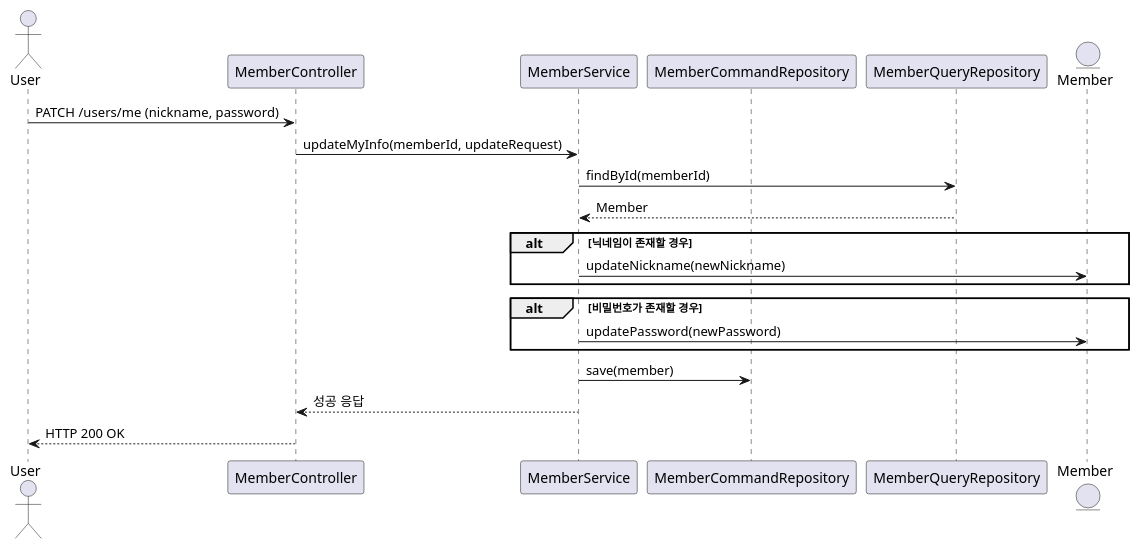
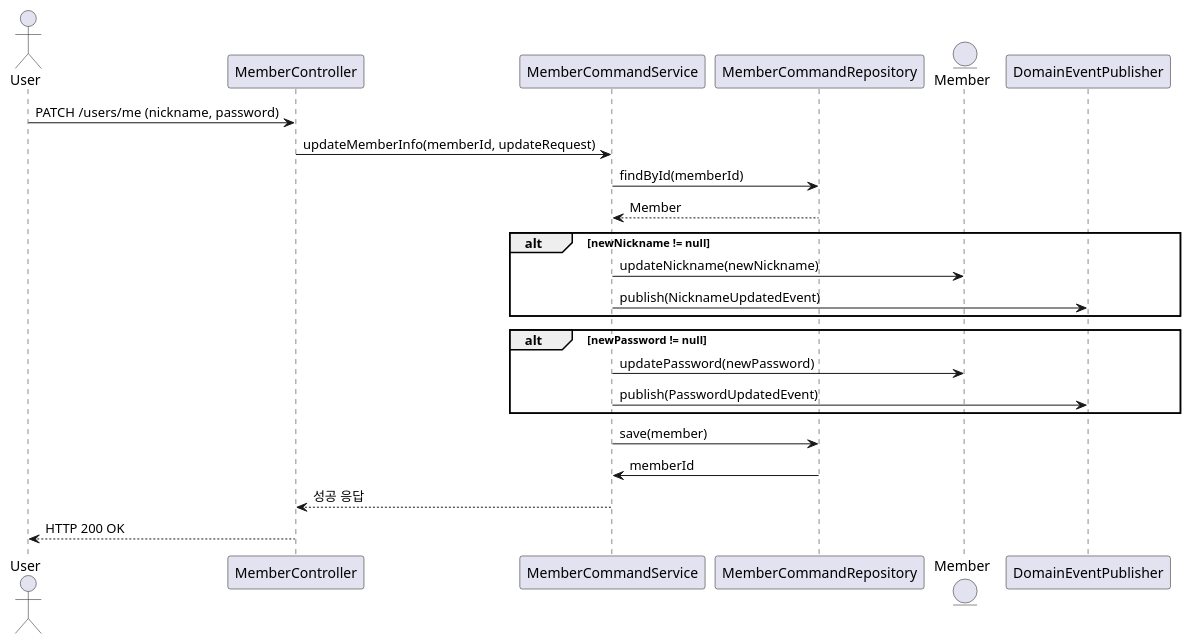
The diagram in document/puml/event/memberContext/memberAggregate/updateMyProfile.puml (SimpleBoardTeam/simpleBoard-server), drawn with PlantUML before and after one commit.

Commit message:
docs(diagram): 회원 정보 수정 시나리오 시퀀스 다이어그램 추가

```diff
--- a/document/puml/event/memberContext/memberAggregate/updateMyProfile.puml
+++ b/document/puml/event/memberContext/memberAggregate/updateMyProfile.puml
@@ -1,26 +1,32 @@
 @startuml
 actor User
 participant MemberController
-participant MemberService
+participant MemberCommandService
 participant MemberCommandRepository
-participant MemberQueryRepository
 entity Member
 
+participant DomainEventPublisher
+
+
 User -> MemberController : PATCH /users/me (nickname, password)
-MemberController -> MemberService : updateMyInfo(memberId, updateRequest)
+MemberController -> MemberCommandService : updateMemberInfo(memberId, updateRequest)
 
-MemberService -> MemberQueryRepository : findById(memberId)
-MemberQueryRepository --> MemberService : Member
+MemberCommandService -> MemberCommandRepository : findById(memberId)
+MemberCommandRepository --> MemberCommandService : Member
 
-alt 닉네임이 존재할 경우
-    MemberService -> Member : updateNickname(newNickname)
+alt newNickname != null
+    MemberCommandService -> Member : updateNickname(newNickname)
+    MemberCommandService -> DomainEventPublisher : publish(NicknameUpdatedEvent)
 end
 
-alt 비밀번호가 존재할 경우
-    MemberService -> Member : updatePassword(newPassword)
+alt newPassword != null
+    MemberCommandService -> Member : updatePassword(newPassword)
+    MemberCommandService -> DomainEventPublisher : publish(PasswordUpdatedEvent)
 end
 
-MemberService -> MemberCommandRepository : save(member)
-MemberService --> MemberController : 성공 응답
+MemberCommandService -> MemberCommandRepository : save(member)
+MemberCommandRepository -> MemberCommandService : memberId
+
+MemberCommandService --> MemberController : 성공 응답
 MemberController --> User : HTTP 200 OK
 @enduml
```
